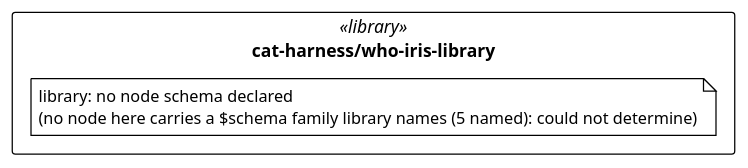
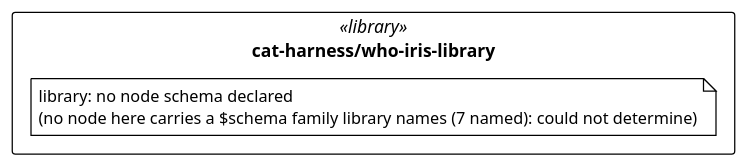
One commit to litlfred/folio-assistant changed the diagram in cat-harness/uml/overview/cat-harness/who-iris-library.puml. Above: the diagram before and after it, drawn with PlantUML. The commit also changed 174 other files, not shown here.

```diff
--- a/cat-harness/uml/overview/cat-harness/who-iris-library.puml
+++ b/cat-harness/uml/overview/cat-harness/who-iris-library.puml
@@ -3,13 +3,13 @@
 @startuml cat_harness_who_iris_library
 !pragma layout elk
 !theme plain
 skinparam classAttributeIconSize 0
 skinparam shadowing false
 skinparam packageStyle rectangle
 hide empty methods
 
 package "cat-harness/who-iris-library" as pkg_cat_harness_who_iris_library <<library>> {
-  note "library: no node schema declared\n(no node here carries a $schema family library names (5 named): could not determine)" as n_cat_harness_who_iris_library_library
+  note "library: no node schema declared\n(no node here carries a $schema family library names (7 named): could not determine)" as n_cat_harness_who_iris_library_library
 }
 
 @enduml
```
